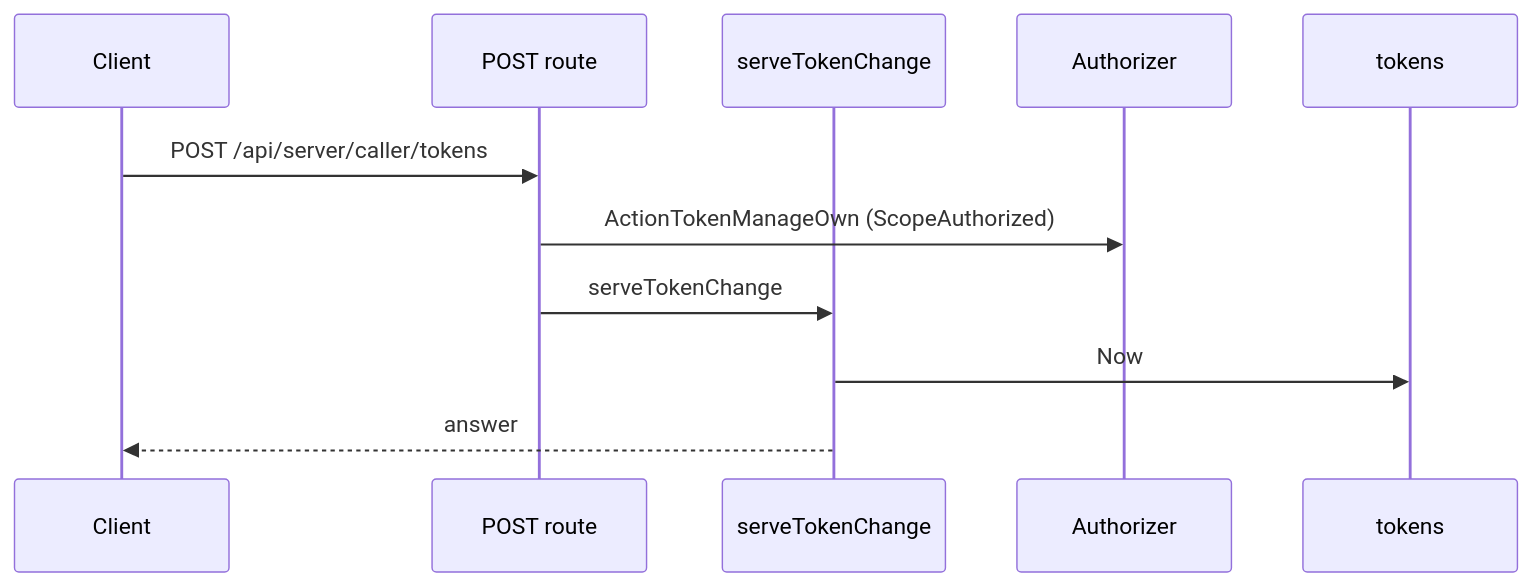
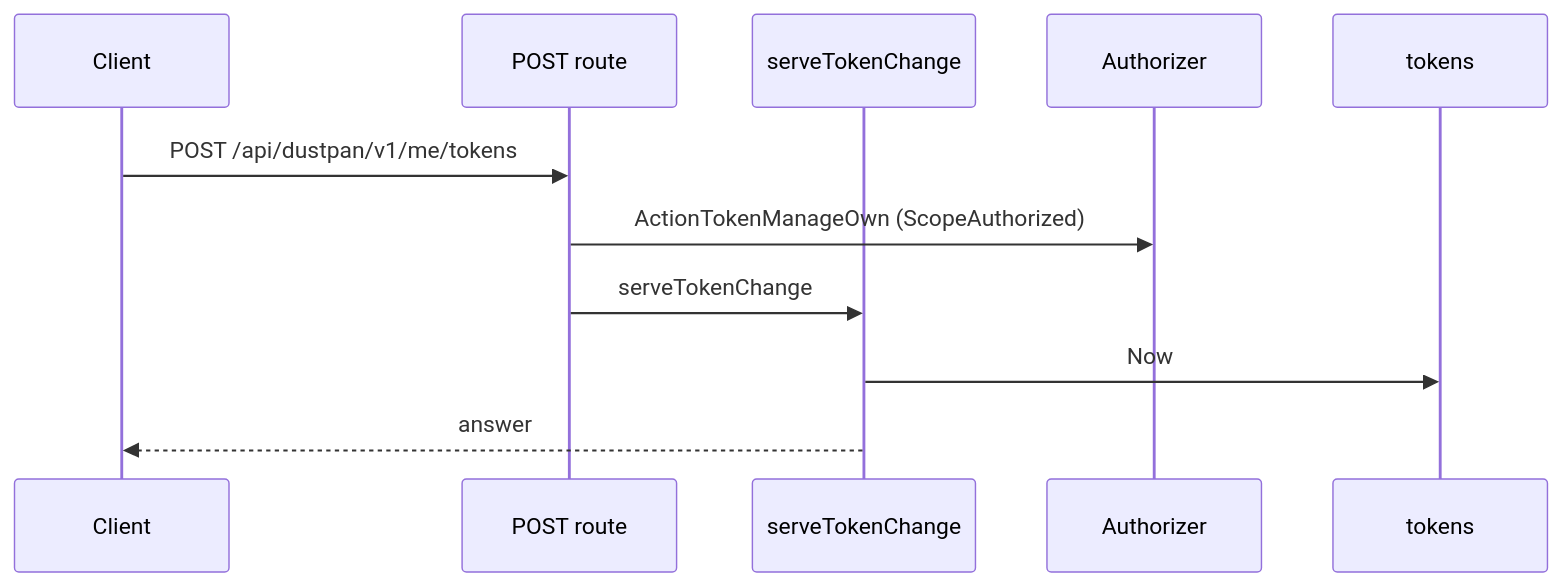
The first of 3 diagrams in openspec/changes/sign-in-methods/design.md (OpenDustpan/OpenDustpan), drawn with Mermaid before and after one commit. The commit also changed other lines of this file and 11 other files, not shown here.

First line of the commit message:
openspec: open changes name the moved caller routes under /api/dustpan/v1/me

````diff
--- a/openspec/changes/sign-in-methods/design.md
+++ b/openspec/changes/sign-in-methods/design.md
@@ -34,13 +34,13 @@
 ```mermaid
 sequenceDiagram
 participant C as Client
 participant R as POST route
 participant H as serveTokenChange
 participant AZ as Authorizer
 participant Ftokens as tokens
-C->>R: POST /api/server/caller/tokens
+C->>R: POST /api/dustpan/v1/me/tokens
 R->>AZ: ActionTokenManageOwn (ScopeAuthorized)
 R->>H: serveTokenChange
 H->>Ftokens: Now
 H-->>C: answer
 ```
````
